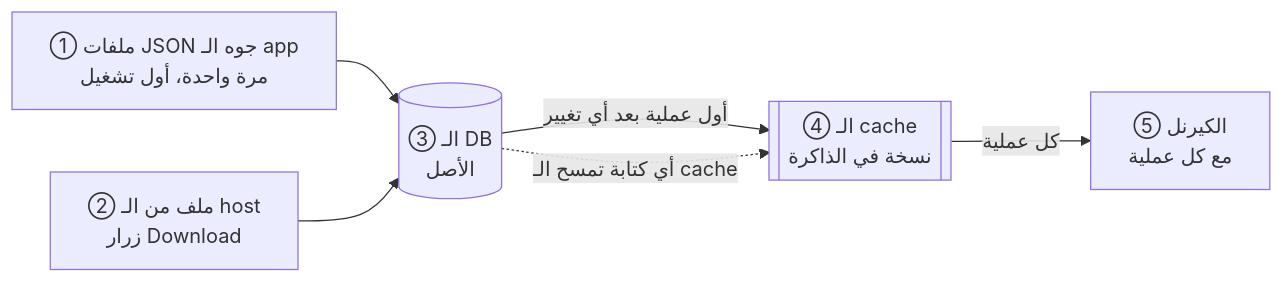
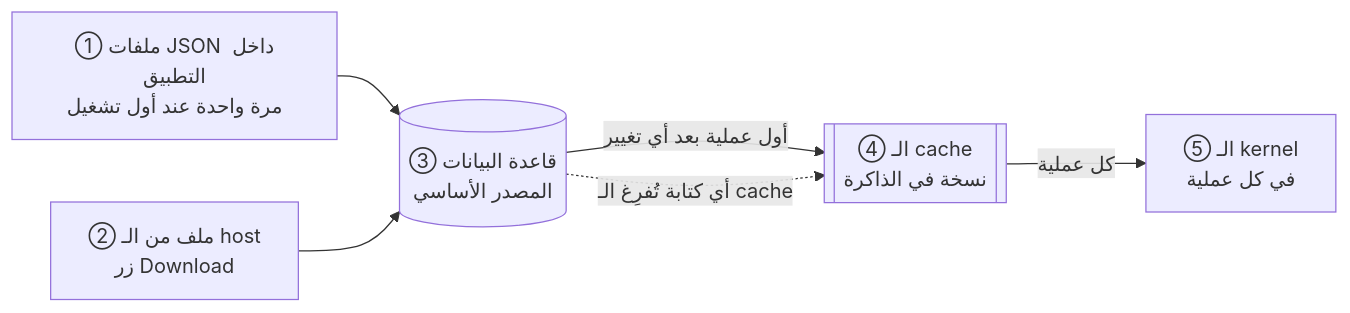
One commit to berothomas33/esaylinkrefactor changed diagram 11 of 11 in doc/REFERENCE.md. Above: the diagram before and after it, drawn with Mermaid. The commit also changed other lines of this file, not shown here.

````diff
--- a/doc/REFERENCE.md
+++ b/doc/REFERENCE.md
@@ -1055,13 +1055,13 @@
 ```mermaid
 flowchart LR
-  J["① ملفات JSON جوه الـ app<br/>مرة واحدة، أول تشغيل"]
-  X["② ملف من الـ host<br/>زرار Download"]
-  DB[("③ الـ DB<br/>الأصل")]
+  J["① ملفات JSON داخل التطبيق<br/>مرة واحدة عند أول تشغيل"]
+  X["② ملف من الـ host<br/>زر Download"]
+  DB[("③ قاعدة البيانات<br/>المصدر الأساسي")]
   C[["④ الـ cache<br/>نسخة في الذاكرة"]]
-  K["⑤ الكيرنل<br/>مع كل عملية"]
+  K["⑤ الـ kernel<br/>في كل عملية"]
   J --> DB
   X --> DB
   DB -- "أول عملية بعد أي تغيير" --> C
   C -- "كل عملية" --> K
-  DB -. "أي كتابة تمسح الـ cache" .-> C
+  DB -. "أي كتابة تُفرِغ الـ cache" .-> C
 ```
````
